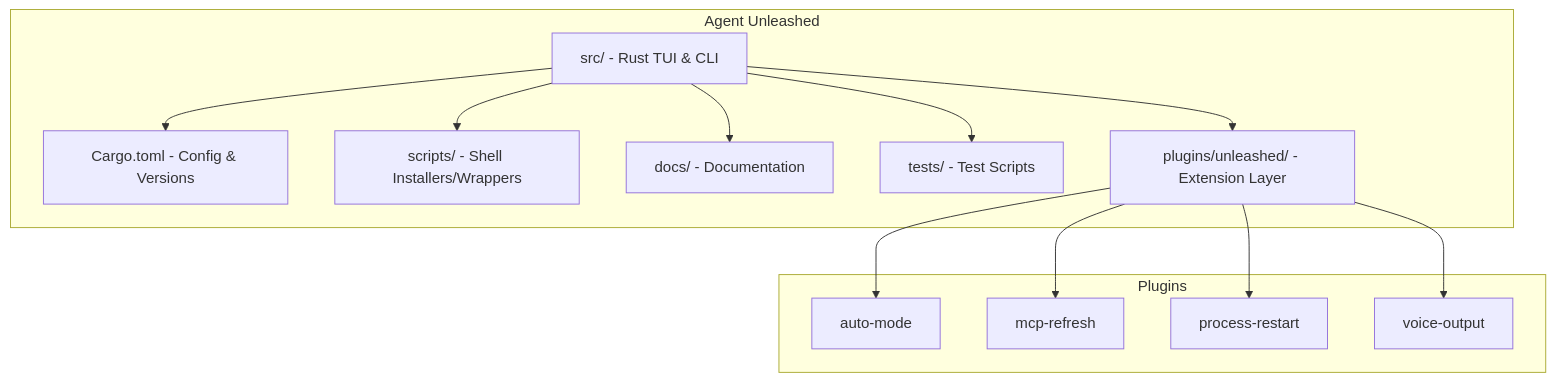
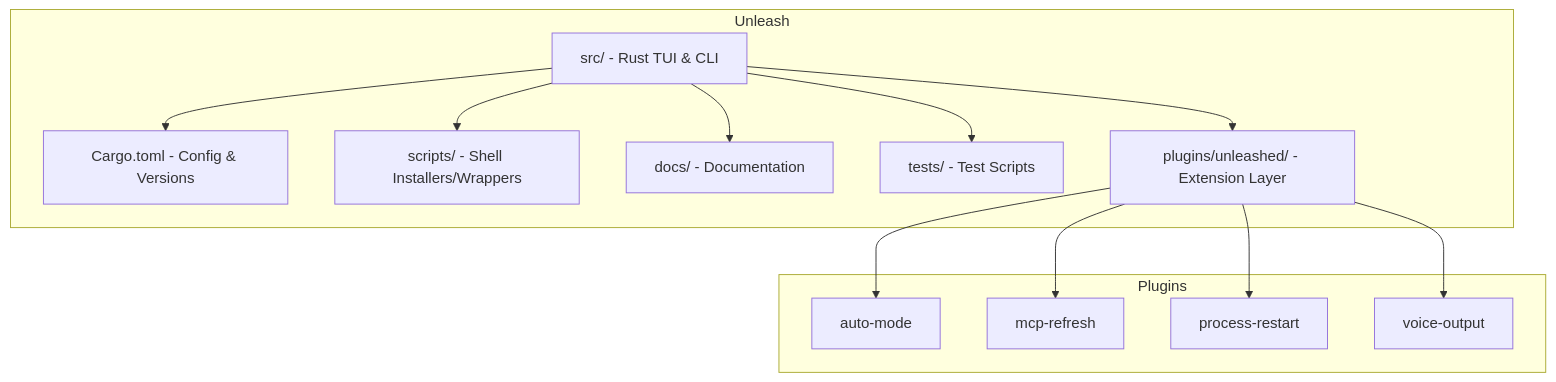
One commit to heiervang-technologies/unleash changed the first of 2 diagrams in README.md. Above: the diagram before and after it, drawn with Mermaid. The commit also changed other lines of this file and 78 other files, not shown here.

````diff
--- a/README.md
+++ b/README.md
@@ -56,17 +56,17 @@
 ```mermaid
 graph TD
-    subgraph Agent Unleashed
+    subgraph Unleash
         A[src/ - Rust TUI & CLI] --> B[Cargo.toml - Config & Versions]
         A --> C[scripts/ - Shell Installers/Wrappers]
         A --> D[docs/ - Documentation]
         A --> E[tests/ - Test Scripts]
         A --> F[plugins/unleashed/ - Extension Layer]
     end
 
     subgraph Plugins
         F --> G[auto-mode]
         F --> H[mcp-refresh]
         F --> I[process-restart]
         F --> J[voice-output]
     end
 ```
````
